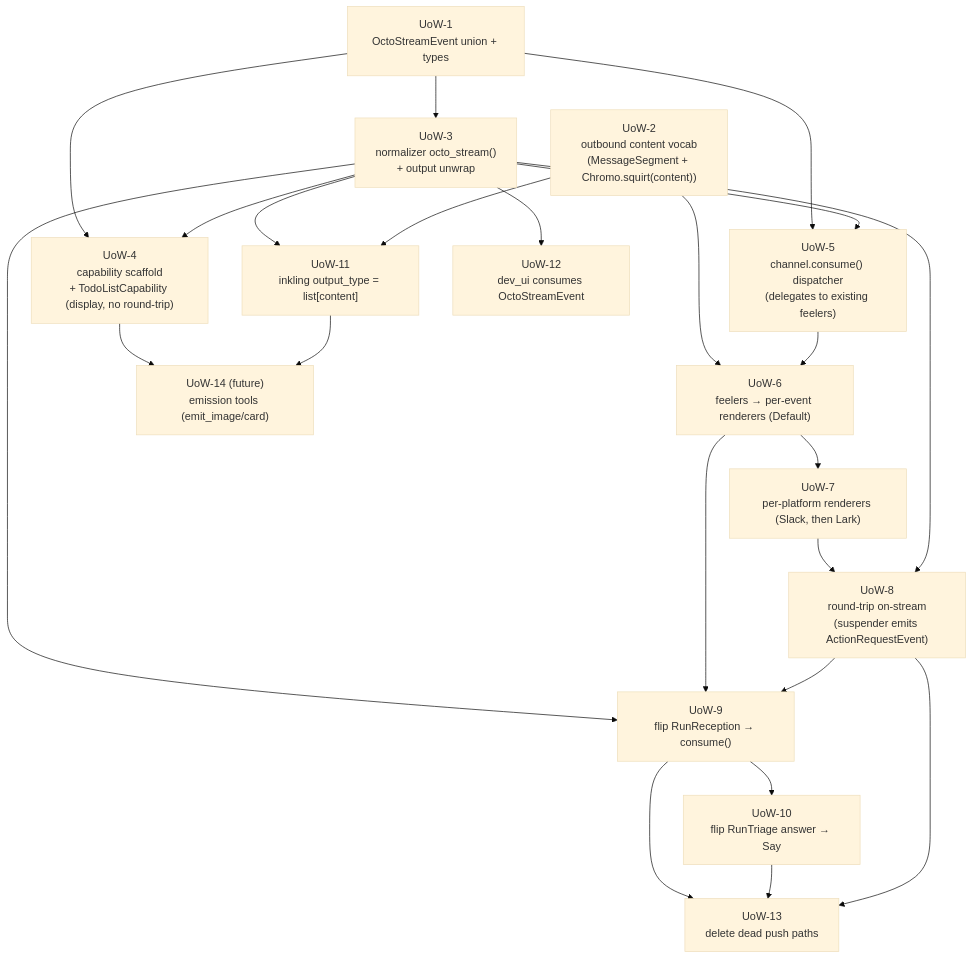
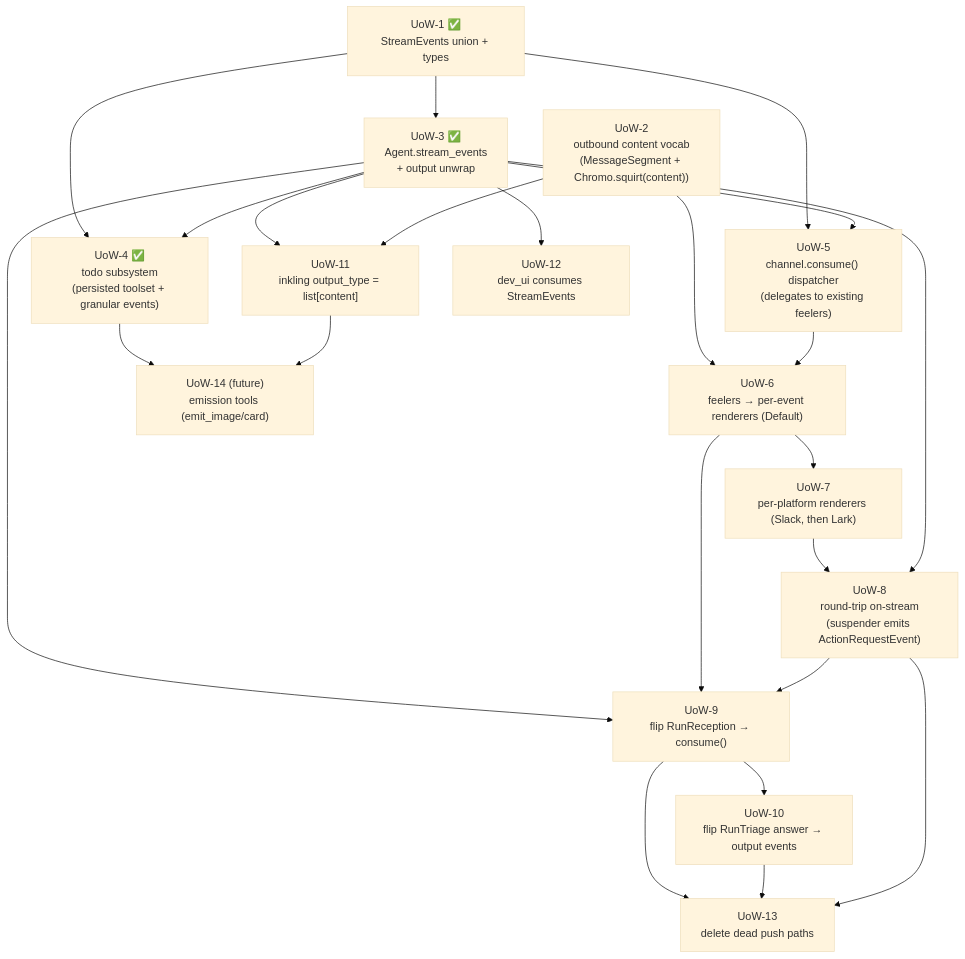
The sixth of 6 diagrams in docs/plans/agent-event-stream.md (kalynnka/octomate), drawn with Mermaid (base theme) before and after one commit. The commit also changed other lines of this file and 16 other files, not shown here.

First line of the commit message:
feat(capabilities): UoW-4 — persisted todo subsystem (toolset + capability + granular events)

````diff
--- a/docs/plans/agent-event-stream.md
+++ b/docs/plans/agent-event-stream.md
@@ -259,40 +284,40 @@
 ```mermaid
 flowchart TD
-    U1["UoW-1<br/>OctoStreamEvent union + types"]
+    U1["UoW-1 ✅<br/>StreamEvents union + types"]
     U2["UoW-2<br/>outbound content vocab<br/>(MessageSegment + Chromo.squirt(content))"]
-    U3["UoW-3<br/>normalizer octo_stream()<br/>+ output unwrap"]
-    U4["UoW-4<br/>capability scaffold<br/>+ TodoListCapability (display, no round-trip)"]
+    U3["UoW-3 ✅<br/>Agent.stream_events<br/>+ output unwrap"]
+    U4["UoW-4 ✅<br/>todo subsystem<br/>(persisted toolset + granular events)"]
     U5["UoW-5<br/>channel.consume() dispatcher<br/>(delegates to existing feelers)"]
     U6["UoW-6<br/>feelers → per-event renderers (Default)"]
     U7["UoW-7<br/>per-platform renderers (Slack, then Lark)"]
     U8["UoW-8<br/>round-trip on-stream<br/>(suspender emits ActionRequestEvent)"]
     U9["UoW-9<br/>flip RunReception → consume()"]
-    U10["UoW-10<br/>flip RunTriage answer → Say"]
+    U10["UoW-10<br/>flip RunTriage answer → output events"]
     U11["UoW-11<br/>inkling output_type = list[content]"]
-    U12["UoW-12<br/>dev_ui consumes OctoStreamEvent"]
+    U12["UoW-12<br/>dev_ui consumes StreamEvents"]
     U13["UoW-13<br/>delete dead push paths"]
     U14["UoW-14 (future)<br/>emission tools (emit_image/card)"]
 
     U1 --> U3
     U1 --> U4
     U1 --> U5
     U2 --> U6
     U3 --> U4
     U3 --> U5
     U3 --> U9
     U5 --> U6
     U6 --> U7
     U6 --> U9
     U7 --> U8
     U3 --> U8
     U8 --> U9
     U9 --> U10
     U3 --> U11
     U2 --> U11
     U3 --> U12
     U9 --> U13
     U10 --> U13
     U8 --> U13
     U4 --> U14
     U11 --> U14
 ```
````
